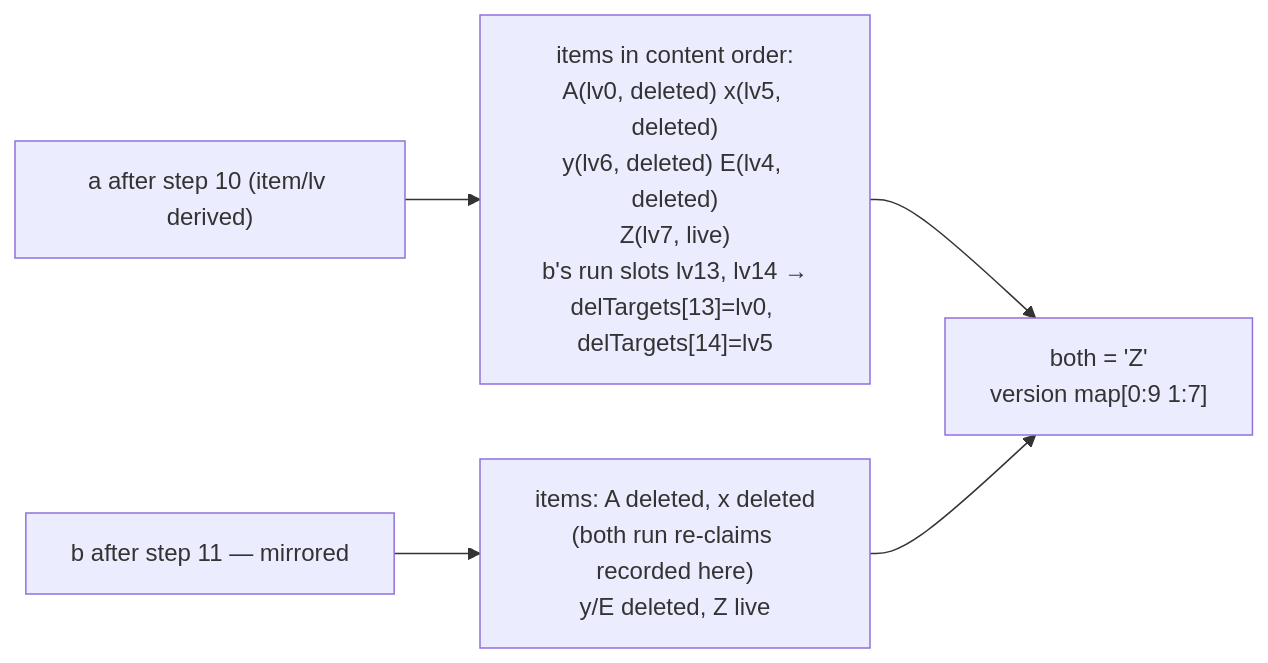
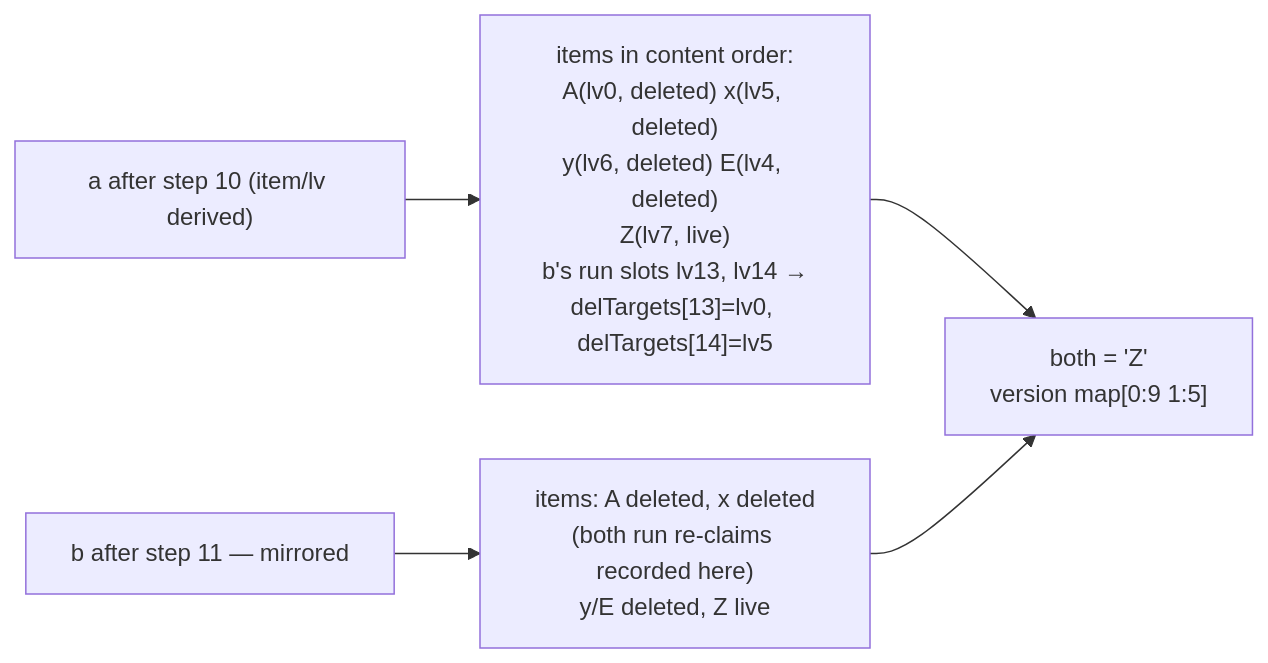
The seventh of 7 diagrams in docs/crdt/03-merge-drive.md (seercle/egwalker), drawn with Mermaid before and after one commit. The commit also changed other lines of this file, not shown here.

Commit message:
docs: fix merge-drive step-11 version

````diff
--- a/docs/crdt/03-merge-drive.md
+++ b/docs/crdt/03-merge-drive.md
@@ -715,7 +717,7 @@
 ```mermaid
 flowchart LR
     LA["a after step 10 (item/lv derived)"] --> LA1["items in content order:<br/>A(lv0, deleted) x(lv5, deleted)<br/>y(lv6, deleted) E(lv4, deleted)<br/>Z(lv7, live)<br/>b's run slots lv13, lv14 →<br/>delTargets[13]=lv0, delTargets[14]=lv5"]
     LB["b after step 11 — mirrored"] --> LB1["items: A deleted, x deleted<br/>(both run re-claims recorded here)<br/>y/E deleted, Z live"]
-    LA1 --> OUT["both = 'Z'<br/>version map[0:9 1:7]"]
+    LA1 --> OUT["both = 'Z'<br/>version map[0:9 1:5]"]
     LB1 --> OUT
 ```
````
